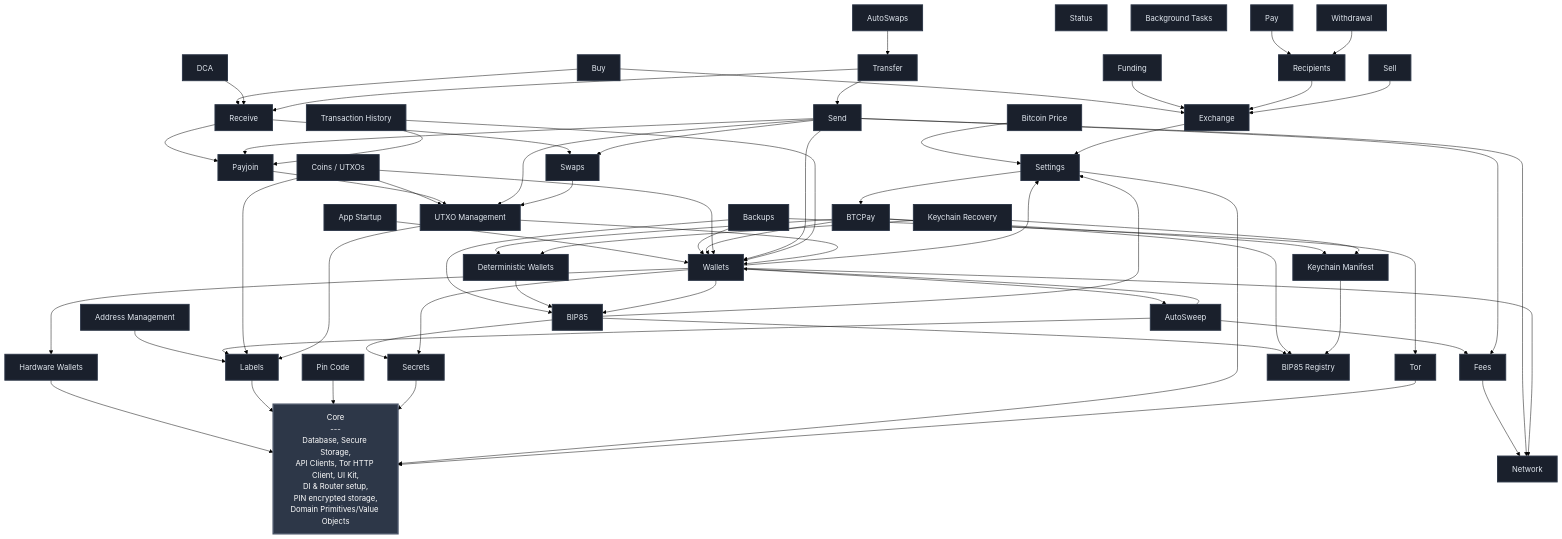
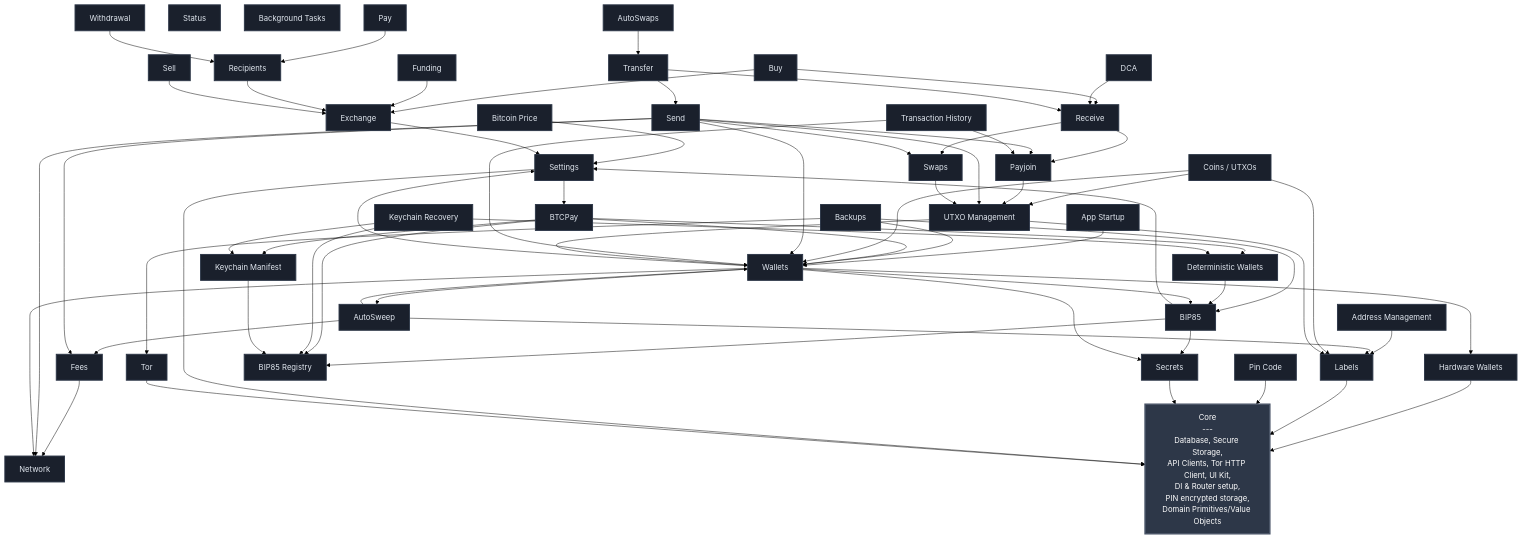
Before and after one commit to SatoshiPortal/bullbitcoin-mobile: the diagram in FEATURES.md, drawn with Mermaid (forest theme). The commit also changed 16 other files, not shown here.

Commit message:
fix(keychain_recovery): harden manifest wallet restore

```diff
--- a/FEATURES.md
+++ b/FEATURES.md
@@ -73,6 +73,7 @@
     BTCPAY --> DETERMINISTIC_WALLETS
     BTCPAY --> KEYCHAIN_MANIFEST
     BTCPAY --> WALLETS
+    KEYCHAIN_RECOVERY --> BIP85_REGISTRY
     KEYCHAIN_RECOVERY --> DETERMINISTIC_WALLETS
     KEYCHAIN_RECOVERY --> KEYCHAIN_MANIFEST
     BUY --> EXCHANGE
```
